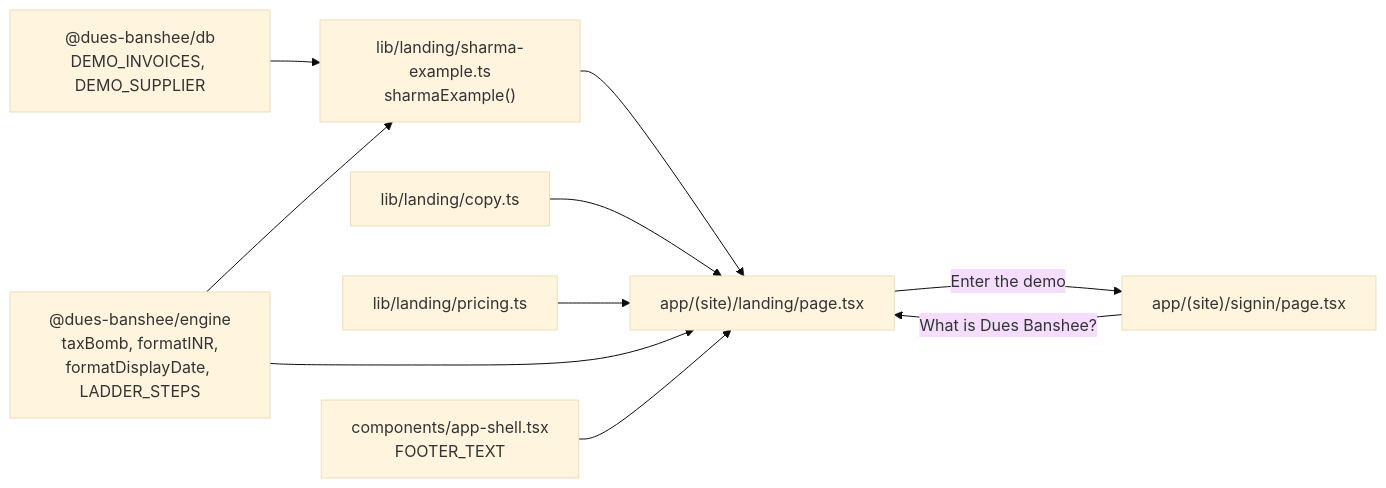
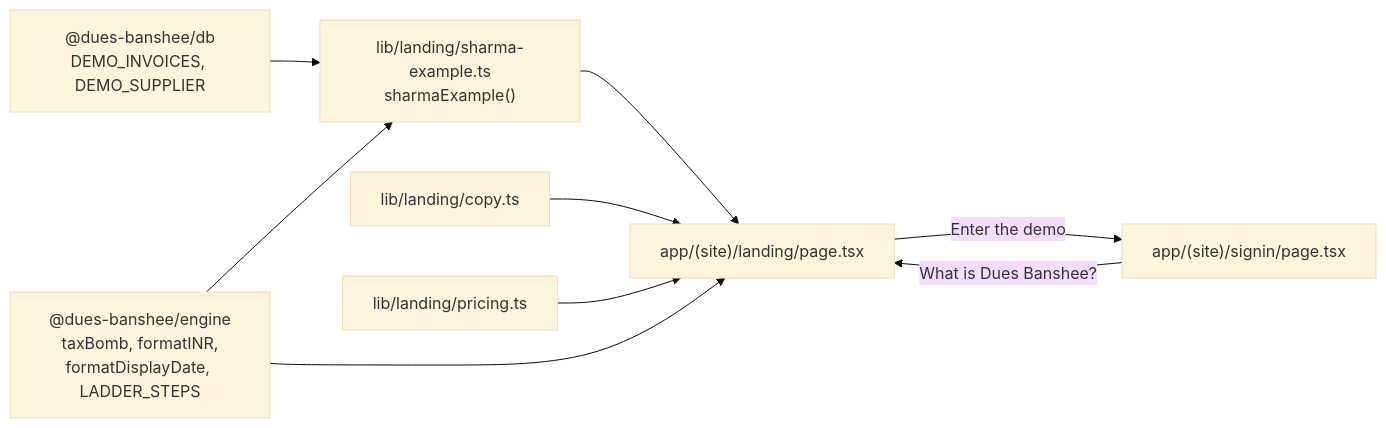
One commit to rohhitrz/dues-banshee changed the diagram in .kiro/specs/landing-3d/design.md. Above: the diagram before and after it, drawn with Mermaid (base theme). The commit also changed other lines of this file and 2 other files, not shown here.

````diff
--- a/.kiro/specs/landing-3d/design.md
+++ b/.kiro/specs/landing-3d/design.md
@@ -24,12 +24,11 @@
 ```mermaid
 flowchart LR
   seed["@dues-banshee/db<br/>DEMO_INVOICES, DEMO_SUPPLIER"] --> ex["lib/landing/sharma-example.ts<br/>sharmaExample()"]
   eng["@dues-banshee/engine<br/>taxBomb, formatINR,<br/>formatDisplayDate, LADDER_STEPS"] --> ex
   ex --> page["app/(site)/landing/page.tsx"]
   copy["lib/landing/copy.ts"] --> page
   pricing["lib/landing/pricing.ts"] --> page
   eng --> page
-  shell["components/app-shell.tsx<br/>FOOTER_TEXT"] --> page
   signin["app/(site)/signin/page.tsx"] -- "What is Dues Banshee?" --> page
   page -- "Enter the demo" --> signin
 ```
````
